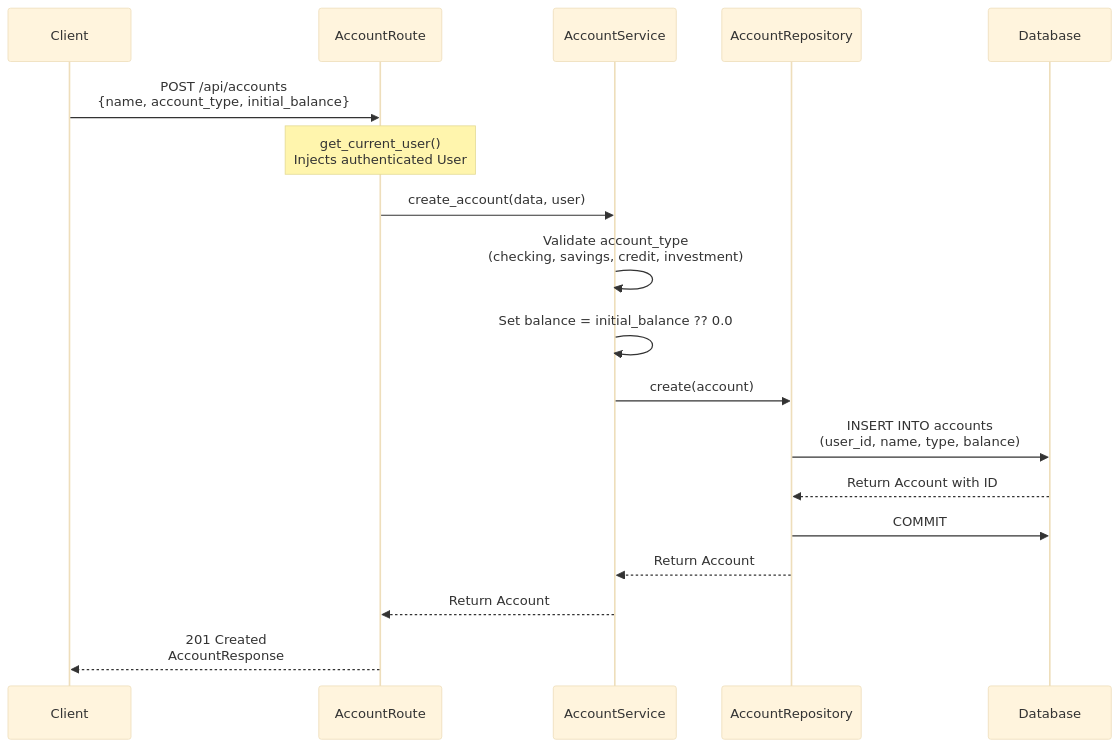
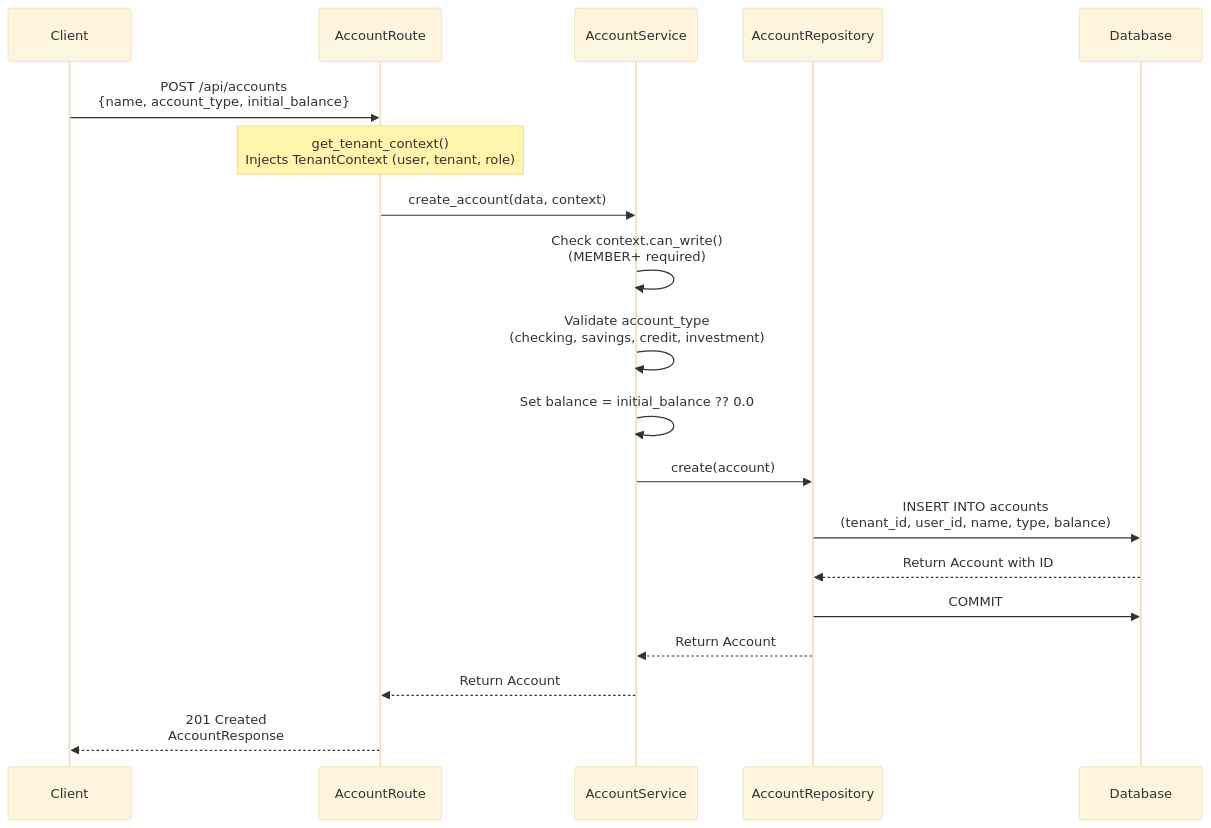
One commit to jtuchinsky/finance_planner changed the second of 12 diagrams in docs/ENDPOINTS.md. Above: the diagram before and after it, drawn with Mermaid (base theme). The commit also changed other lines of this file, not shown here.

First line of the commit message:
docs: Update ENDPOINTS.md for multi-tenant architecture

````diff
--- a/docs/ENDPOINTS.md
+++ b/docs/ENDPOINTS.md
@@ -100,24 +341,25 @@
 ```mermaid
 sequenceDiagram
     participant Client
     participant Route as AccountRoute
     participant Service as AccountService
     participant Repo as AccountRepository
     participant DB as Database
 
     Client->>Route: POST /api/accounts<br/>{name, account_type, initial_balance}
-    Note over Route: get_current_user()<br/>Injects authenticated User
-    Route->>Service: create_account(data, user)
+    Note over Route: get_tenant_context()<br/>Injects TenantContext (user, tenant, role)
+    Route->>Service: create_account(data, context)
 
+    Service->>Service: Check context.can_write()<br/>(MEMBER+ required)
     Service->>Service: Validate account_type<br/>(checking, savings, credit, investment)
     Service->>Service: Set balance = initial_balance ?? 0.0
 
     Service->>Repo: create(account)
-    Repo->>DB: INSERT INTO accounts<br/>(user_id, name, type, balance)
+    Repo->>DB: INSERT INTO accounts<br/>(tenant_id, user_id, name, type, balance)
     DB-->>Repo: Return Account with ID
     Repo->>DB: COMMIT
     Repo-->>Service: Return Account
 
     Service-->>Route: Return Account
     Route-->>Client: 201 Created<br/>AccountResponse
 ```
````
